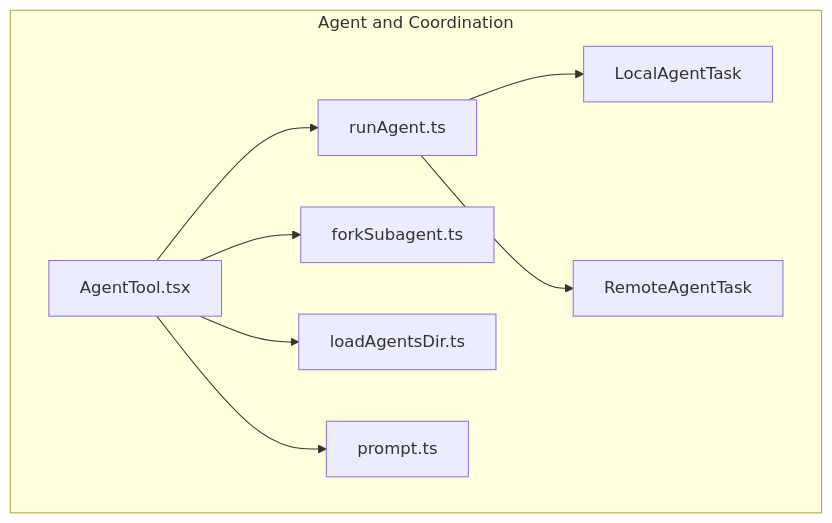
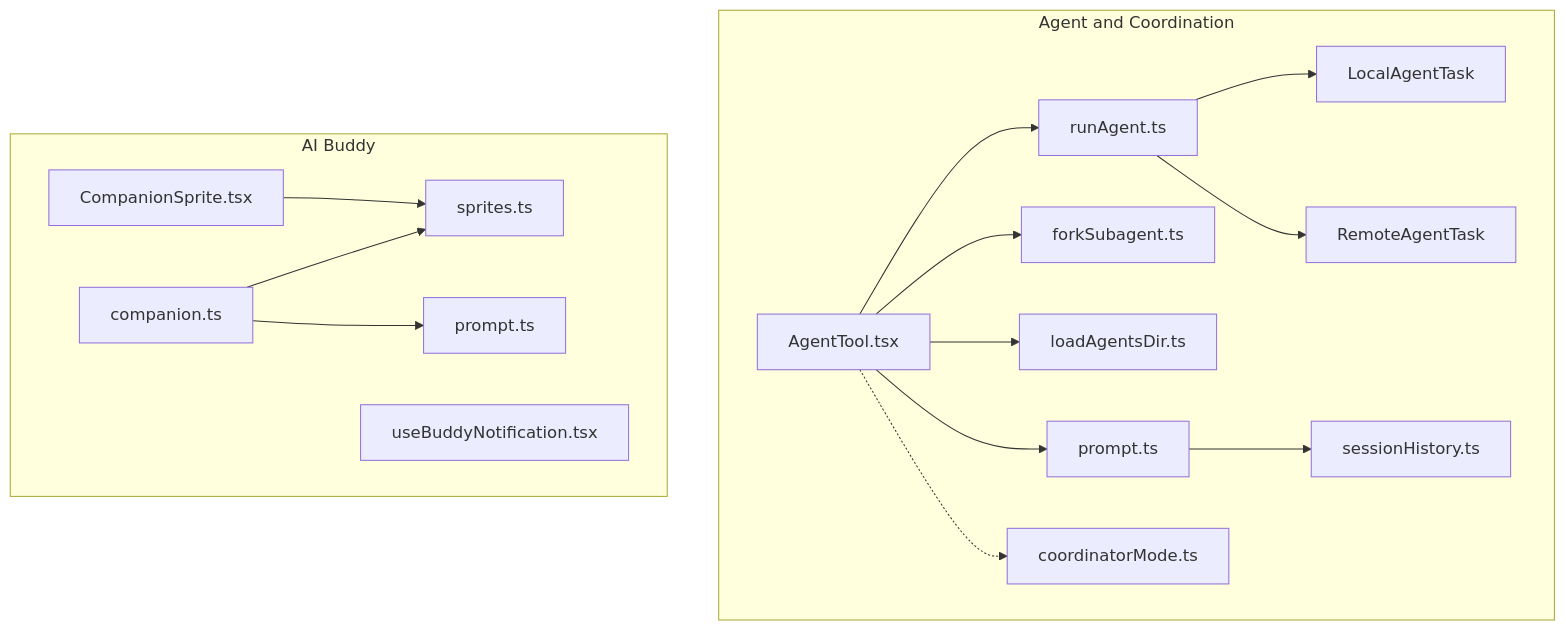
One commit to niuma996/claude-code-sourcemap-wiki changed the first of 2 diagrams in .nium-wiki/wiki_en/agent/_index.md. Above: the diagram before and after it, drawn with Mermaid. The commit also changed other lines of this file and 24 other files, not shown here.

Commit message:
Add buddy and coordinator wiki sections with session history docs

````diff
--- a/.nium-wiki/wiki_en/agent/_index.md
+++ b/.nium-wiki/wiki_en/agent/_index.md
@@ -23,18 +26,32 @@
 ```mermaid
 flowchart TB
     subgraph Agent["Agent and Coordination"]
         AgentTool["AgentTool.tsx"]
         runAgent["runAgent.ts"]
         forkSubagent["forkSubagent.ts"]
         loadAgentsDir["loadAgentsDir.ts"]
         prompt["prompt.ts"]
         localTask["LocalAgentTask"]
         remoteTask["RemoteAgentTask"]
+        sessionHistory["sessionHistory.ts"]
+        coordinatorMode["coordinatorMode.ts"]
+    end
+    subgraph Buddy["AI Buddy"]
+        companion["companion.ts"]
+        sprites["sprites.ts"]
+        CompanionSprite["CompanionSprite.tsx"]
+        promptBuddy["prompt.ts"]
+        notifications["useBuddyNotification.tsx"]
     end
     AgentTool --> runAgent
     runAgent --> localTask
     runAgent --> remoteTask
     AgentTool --> forkSubagent
     AgentTool --> loadAgentsDir
     AgentTool --> prompt
+    prompt --> sessionHistory
+    AgentTool -.-> coordinatorMode
+    CompanionSprite --> sprites
+    companion --> sprites
+    companion --> promptBuddy
 ```
````
